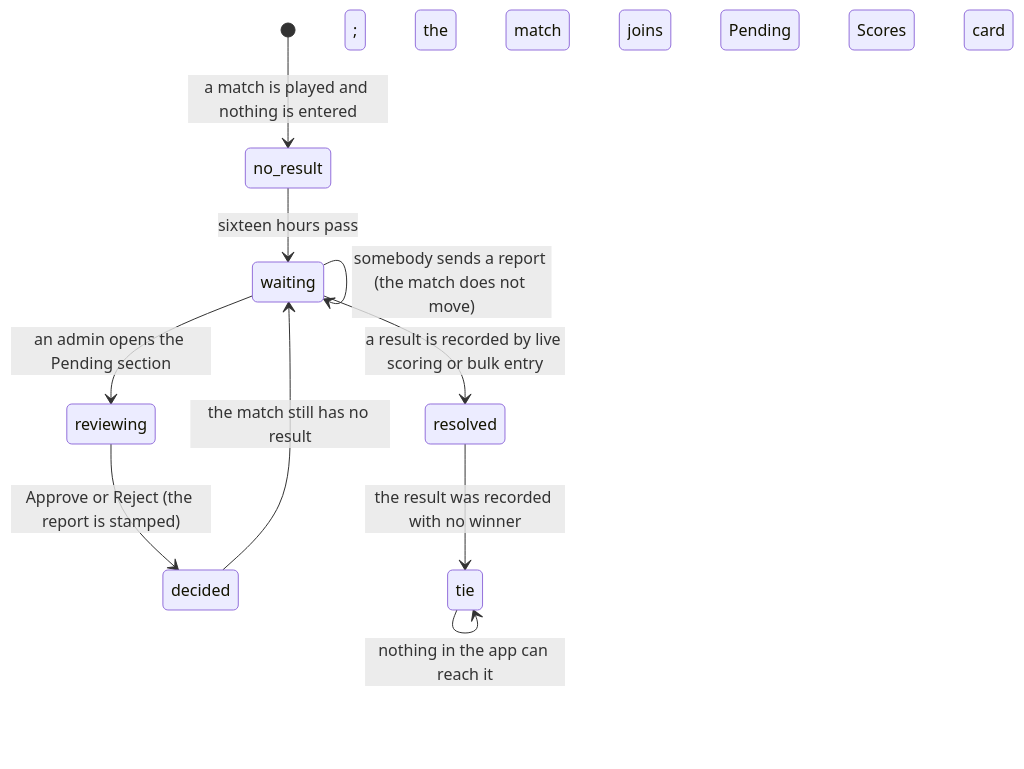
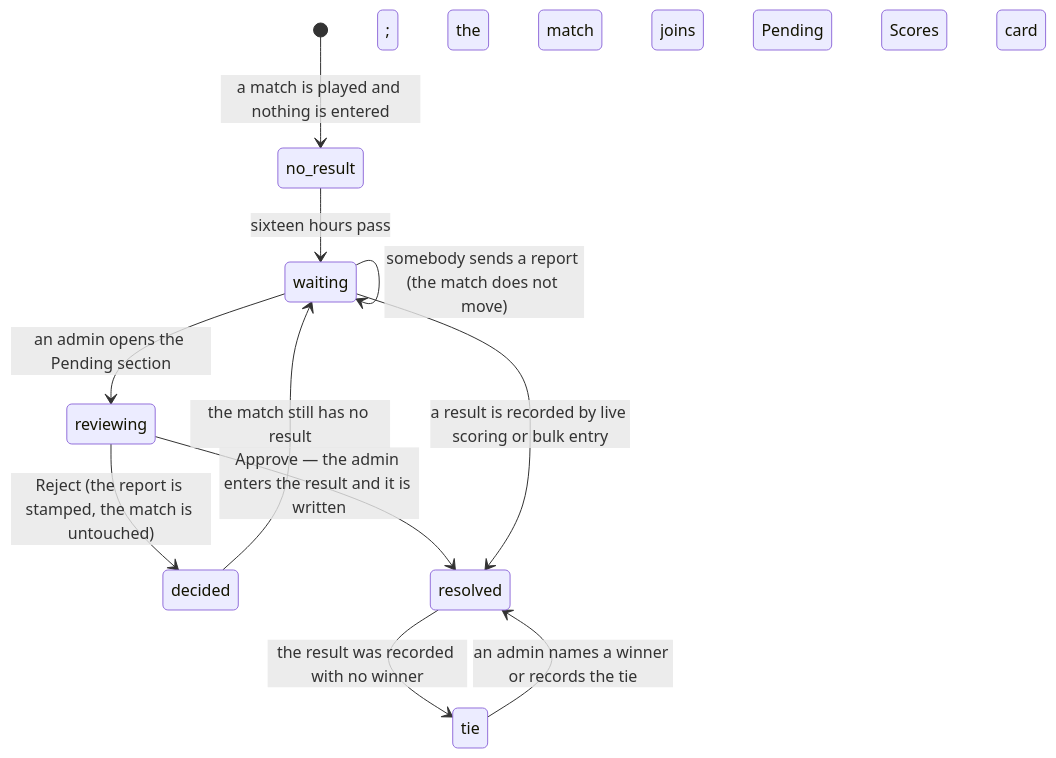
The diagram in docs/product-description/scores/pending-scores.md (DougZeThug/717rec), drawn with Mermaid before and after one commit. The commit also changed other lines of this file and 6 other files, not shown here.

````diff
--- a/docs/product-description/scores/pending-scores.md
+++ b/docs/product-description/scores/pending-scores.md
@@ -42,12 +50,13 @@
 ```mermaid
 stateDiagram-v2
     [*] --> no_result : a match is played and nothing is entered
     no_result --> waiting : sixteen hours pass; the match joins the Pending Scores card
     waiting --> waiting : somebody sends a report (the match does not move)
     waiting --> reviewing : an admin opens the Pending section
-    reviewing --> decided : Approve or Reject (the report is stamped)
+    reviewing --> decided : Reject (the report is stamped, the match is untouched)
     decided --> waiting : the match still has no result
+    reviewing --> resolved : Approve — the admin enters the result and it is written
     waiting --> resolved : a result is recorded by live scoring or bulk entry
     resolved --> tie : the result was recorded with no winner
-    tie --> tie : nothing in the app can reach it
+    tie --> resolved : an admin names a winner or records the tie
 ```
````
